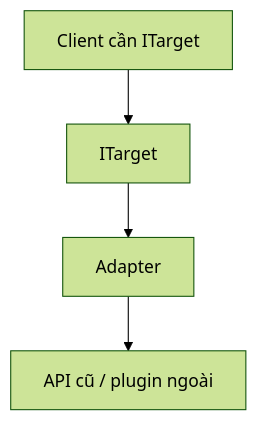
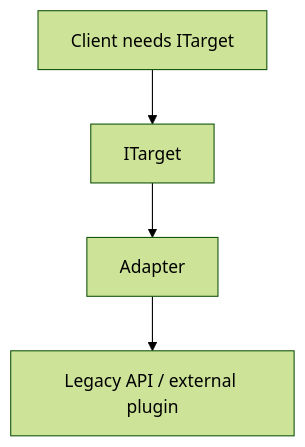
One commit to bugkodc/Road_Map_GameDev changed the first of 3 diagrams in Doc/en/02-Design-Patterns/02-Catalog/02-Structural/01-adapter.md. Above: the diagram before and after it, drawn with Mermaid (forest theme). The commit also changed other lines of this file and 38 other files, not shown here.

First line of the commit message:
Translate residual Vietnamese in English docs (diagrams, code, strings)

````diff
--- a/Doc/en/02-Design-Patterns/02-Catalog/02-Structural/01-adapter.md
+++ b/Doc/en/02-Design-Patterns/02-Catalog/02-Structural/01-adapter.md
@@ -40,6 +40,6 @@
 ```mermaid
 flowchart TD
-  Client["Client cần ITarget"] --> Target["ITarget"]
+  Client["Client needs ITarget"] --> Target["ITarget"]
   Target --> Adapter["Adapter"]
-  Adapter --> Adaptee["API cũ / plugin ngoài"]
+  Adapter --> Adaptee["Legacy API / external plugin"]
 ```
````
